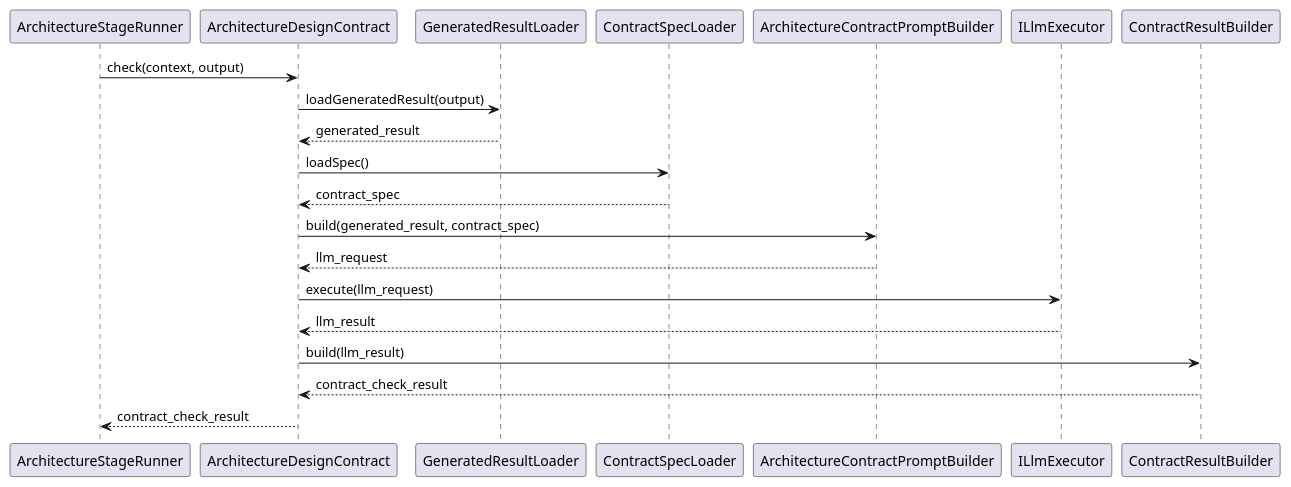
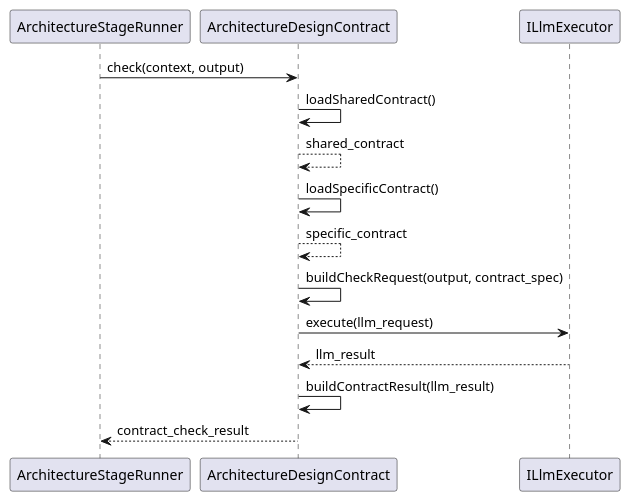
Before and after one commit to lucky-chen/ai_workflow_travel: the second of 2 diagrams in meta_layer/docs/design_docs/Contract/ArchitectureDesignContract.md, drawn with PlantUML. The commit also changed other lines of this file and 3 other files, not shown here.

First line of the commit message:
[AI] gpt-5.4: align contract design docs with pattern overrides

````diff
--- a/meta_layer/docs/design_docs/Contract/ArchitectureDesignContract.md
+++ b/meta_layer/docs/design_docs/Contract/ArchitectureDesignContract.md
@@ -79,24 +70,18 @@
 ```plantuml
 @startuml
 participant ArchitectureStageRunner
 participant ArchitectureDesignContract
-participant GeneratedResultLoader
-participant ContractSpecLoader
-participant ArchitectureContractPromptBuilder
 participant ILlmExecutor
-participant ContractResultBuilder
 
 ArchitectureStageRunner -> ArchitectureDesignContract: check(context, output)
-ArchitectureDesignContract -> GeneratedResultLoader: loadGeneratedResult(output)
-GeneratedResultLoader --> ArchitectureDesignContract: generated_result
-ArchitectureDesignContract -> ContractSpecLoader: loadSpec()
-ContractSpecLoader --> ArchitectureDesignContract: contract_spec
-ArchitectureDesignContract -> ArchitectureContractPromptBuilder: build(generated_result, contract_spec)
-ArchitectureContractPromptBuilder --> ArchitectureDesignContract: llm_request
+ArchitectureDesignContract -> ArchitectureDesignContract: loadSharedContract()
+ArchitectureDesignContract --> ArchitectureDesignContract: shared_contract
+ArchitectureDesignContract -> ArchitectureDesignContract: loadSpecificContract()
+ArchitectureDesignContract --> ArchitectureDesignContract: specific_contract
+ArchitectureDesignContract -> ArchitectureDesignContract: buildCheckRequest(output, contract_spec)
 ArchitectureDesignContract -> ILlmExecutor: execute(llm_request)
 ILlmExecutor --> ArchitectureDesignContract: llm_result
-ArchitectureDesignContract -> ContractResultBuilder: build(llm_result)
-ContractResultBuilder --> ArchitectureDesignContract: contract_check_result
+ArchitectureDesignContract -> ArchitectureDesignContract: buildContractResult(llm_result)
 ArchitectureDesignContract --> ArchitectureStageRunner: contract_check_result
 @enduml
 ```
````
